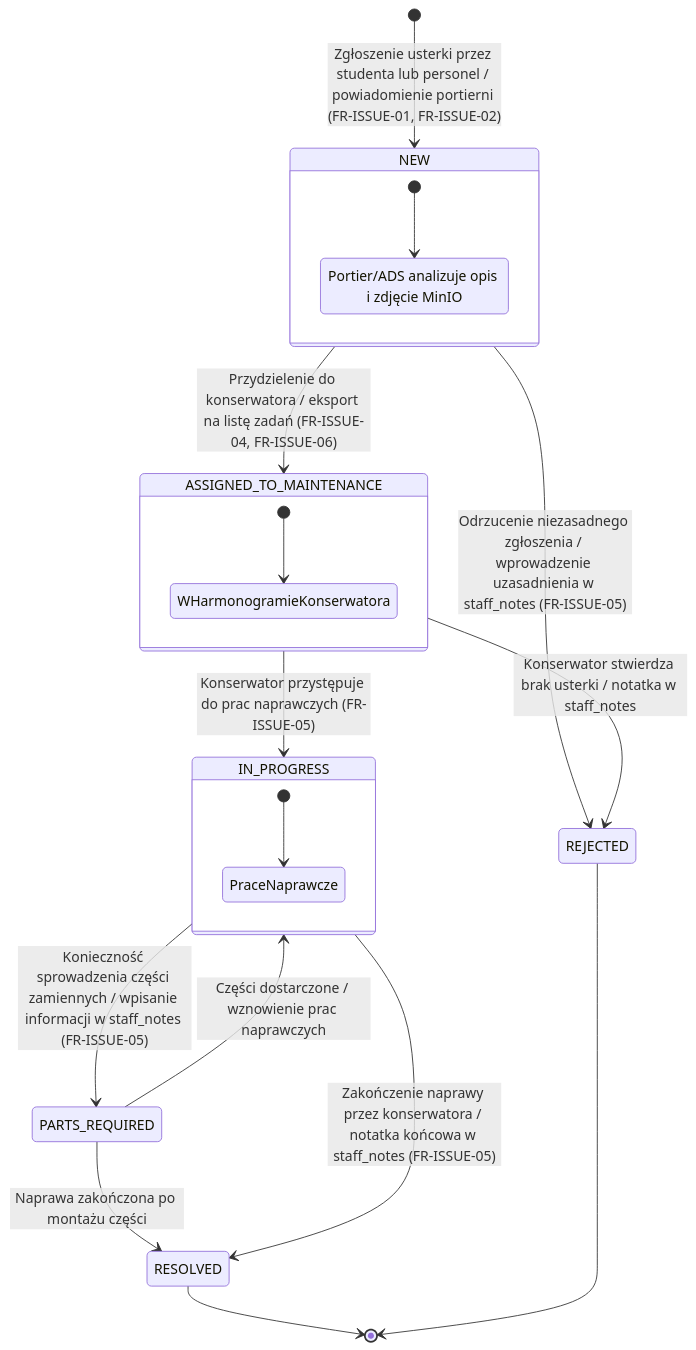
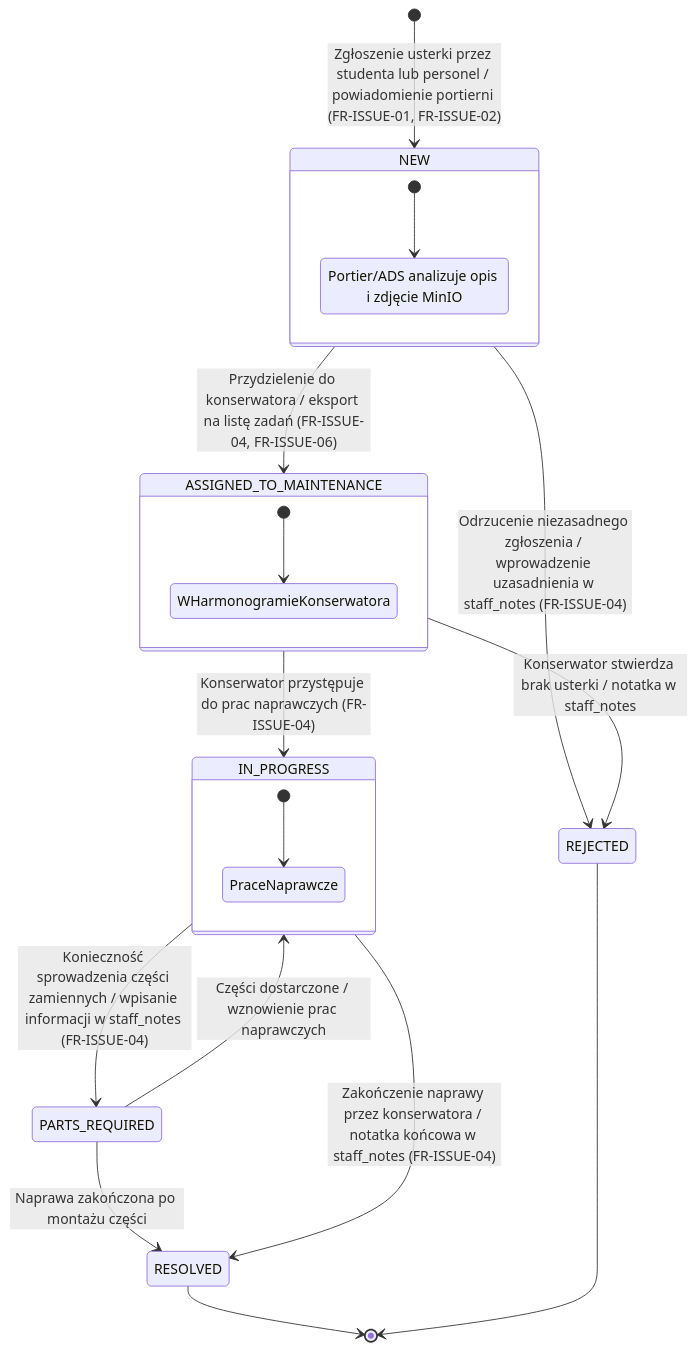
The fourth of 8 diagrams in Docs/Diagramy_Maszyny_Stanow.md (Buczy8/PKampus), drawn with Mermaid before and after one commit. The commit also changed other lines of this file and 7 other files, not shown here.

````diff
--- a/Docs/Diagramy_Maszyny_Stanow.md
+++ b/Docs/Diagramy_Maszyny_Stanow.md
@@ -149,32 +149,32 @@
 ```mermaid
 stateDiagram-v2
     [*] --> NEW: Zgłoszenie usterki przez studenta lub personel / powiadomienie portierni (FR-ISSUE-01, FR-ISSUE-02)
 
     state NEW {
         [*] --> OczekujeNaWeryfikacje
         OczekujeNaWeryfikacje: Portier/ADS analizuje opis i zdjęcie MinIO
     }
 
     NEW --> ASSIGNED_TO_MAINTENANCE: Przydzielenie do konserwatora / eksport na listę zadań (FR-ISSUE-04, FR-ISSUE-06)
-    NEW --> REJECTED: Odrzucenie niezasadnego zgłoszenia / wprowadzenie uzasadnienia w staff_notes (FR-ISSUE-05)
+    NEW --> REJECTED: Odrzucenie niezasadnego zgłoszenia / wprowadzenie uzasadnienia w staff_notes (FR-ISSUE-04)
 
     state ASSIGNED_TO_MAINTENANCE {
         [*] --> WHarmonogramieKonserwatora
     }
 
-    ASSIGNED_TO_MAINTENANCE --> IN_PROGRESS: Konserwator przystępuje do prac naprawczych (FR-ISSUE-05)
+    ASSIGNED_TO_MAINTENANCE --> IN_PROGRESS: Konserwator przystępuje do prac naprawczych (FR-ISSUE-04)
     ASSIGNED_TO_MAINTENANCE --> REJECTED: Konserwator stwierdza brak usterki / notatka w staff_notes
 
     state IN_PROGRESS {
         [*] --> PraceNaprawcze
     }
 
-    IN_PROGRESS --> PARTS_REQUIRED: Konieczność sprowadzenia części zamiennych / wpisanie informacji w staff_notes (FR-ISSUE-05)
+    IN_PROGRESS --> PARTS_REQUIRED: Konieczność sprowadzenia części zamiennych / wpisanie informacji w staff_notes (FR-ISSUE-04)
     PARTS_REQUIRED --> IN_PROGRESS: Części dostarczone / wznowienie prac naprawczych
 
-    IN_PROGRESS --> RESOLVED: Zakończenie naprawy przez konserwatora / notatka końcowa w staff_notes (FR-ISSUE-05)
+    IN_PROGRESS --> RESOLVED: Zakończenie naprawy przez konserwatora / notatka końcowa w staff_notes (FR-ISSUE-04)
     PARTS_REQUIRED --> RESOLVED: Naprawa zakończona po montażu części
 
     RESOLVED --> [*]
     REJECTED --> [*]
 ```
````
